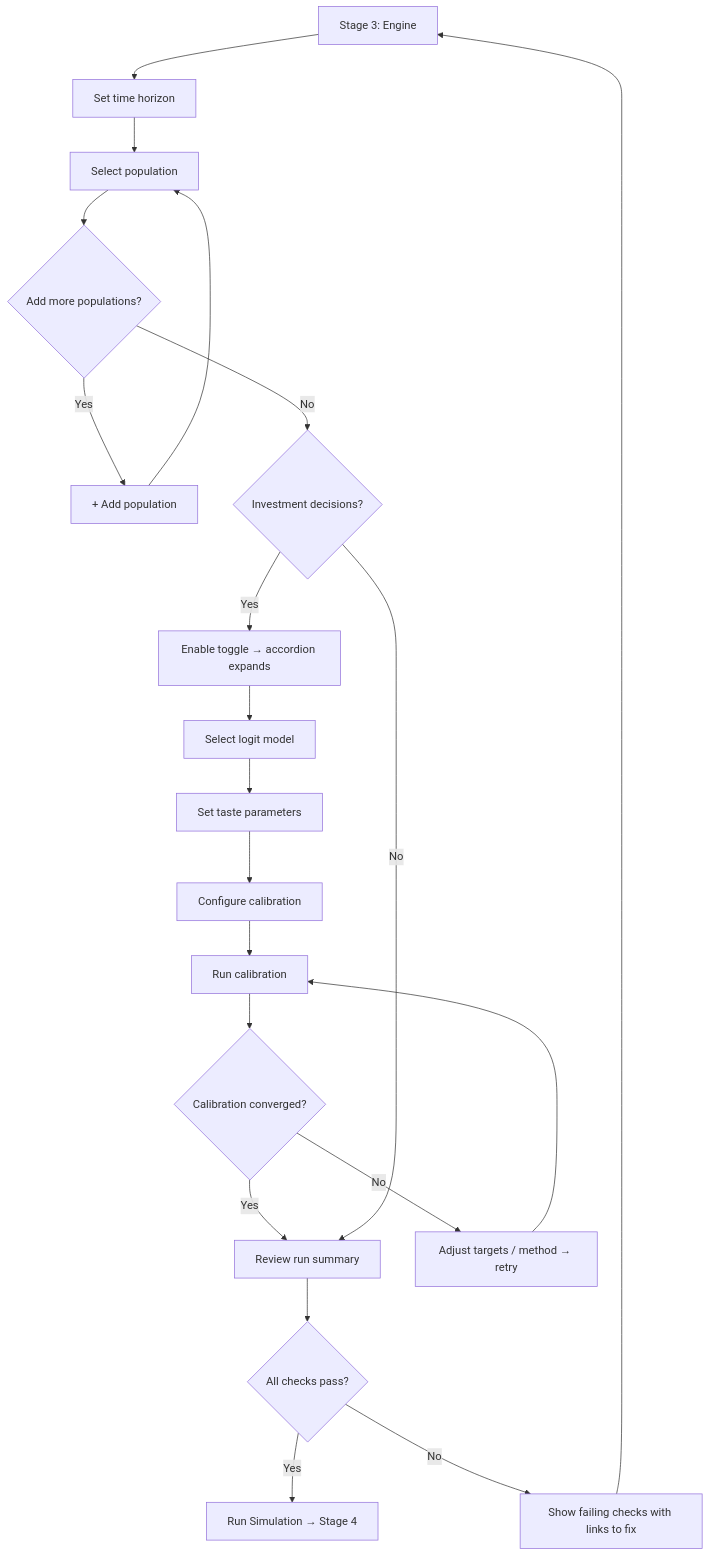
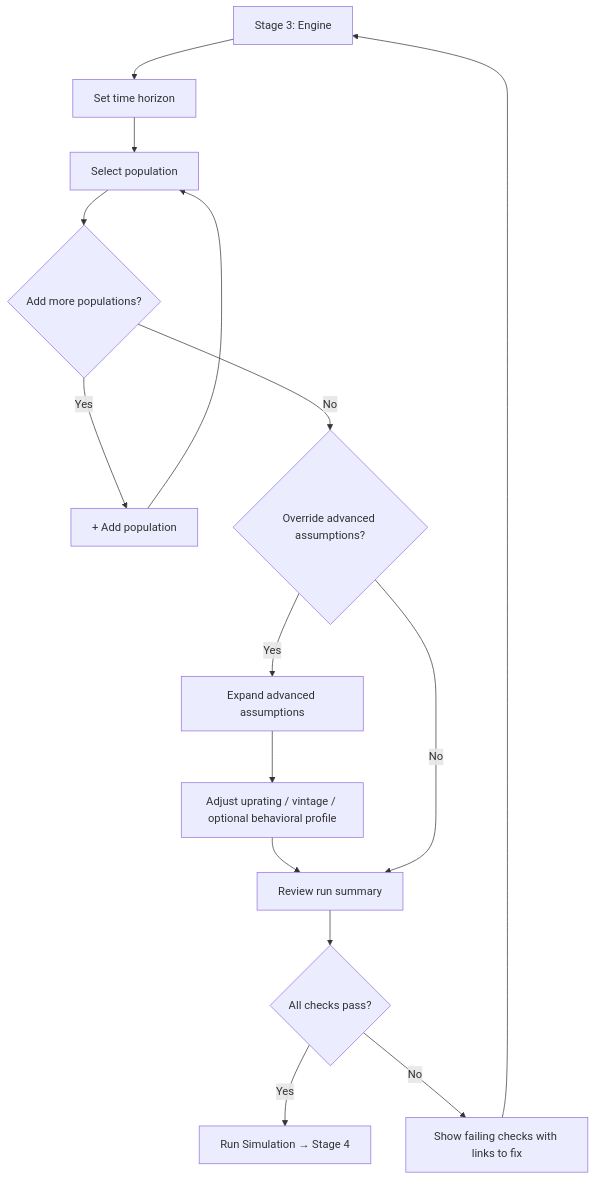
The seventh of 8 diagrams in _bmad-output/planning-artifacts/ux-design-specification.md (reformlab/ReformLab), drawn with Mermaid before and after one commit. The commit also changed other lines of this file and 2 other files, not shown here.

````diff
--- a/_bmad-output/planning-artifacts/ux-design-specification.md
+++ b/_bmad-output/planning-artifacts/ux-design-specification.md
@@ -1612,23 +1616,17 @@
 ```mermaid
 flowchart TD
     A[Stage 3: Engine] --> B[Set time horizon]
     B --> C[Select population]
     C --> D{Add more populations?}
     D -->|Yes| E[+ Add population]
     E --> C
-    D -->|No| F{Investment decisions?}
-    F -->|Yes| G[Enable toggle → accordion expands]
-    G --> H[Select logit model]
-    H --> I[Set taste parameters]
-    I --> J[Configure calibration]
-    J --> K[Run calibration]
-    K --> L{Calibration converged?}
-    L -->|Yes| M[Review run summary]
-    L -->|No| N[Adjust targets / method → retry]
-    N --> K
-    F -->|No| M
-    M --> O{All checks pass?}
-    O -->|Yes| P[Run Simulation → Stage 4]
-    O -->|No| Q[Show failing checks with links to fix]
-    Q --> A
+    D -->|No| F{Override advanced assumptions?}
+    F -->|Yes| G[Expand advanced assumptions]
+    G --> H[Adjust uprating / vintage / optional behavioral profile]
+    H --> I[Review run summary]
+    F -->|No| I
+    I --> J{All checks pass?}
+    J -->|Yes| K[Run Simulation → Stage 4]
+    J -->|No| L[Show failing checks with links to fix]
+    L --> A
 ```
````
